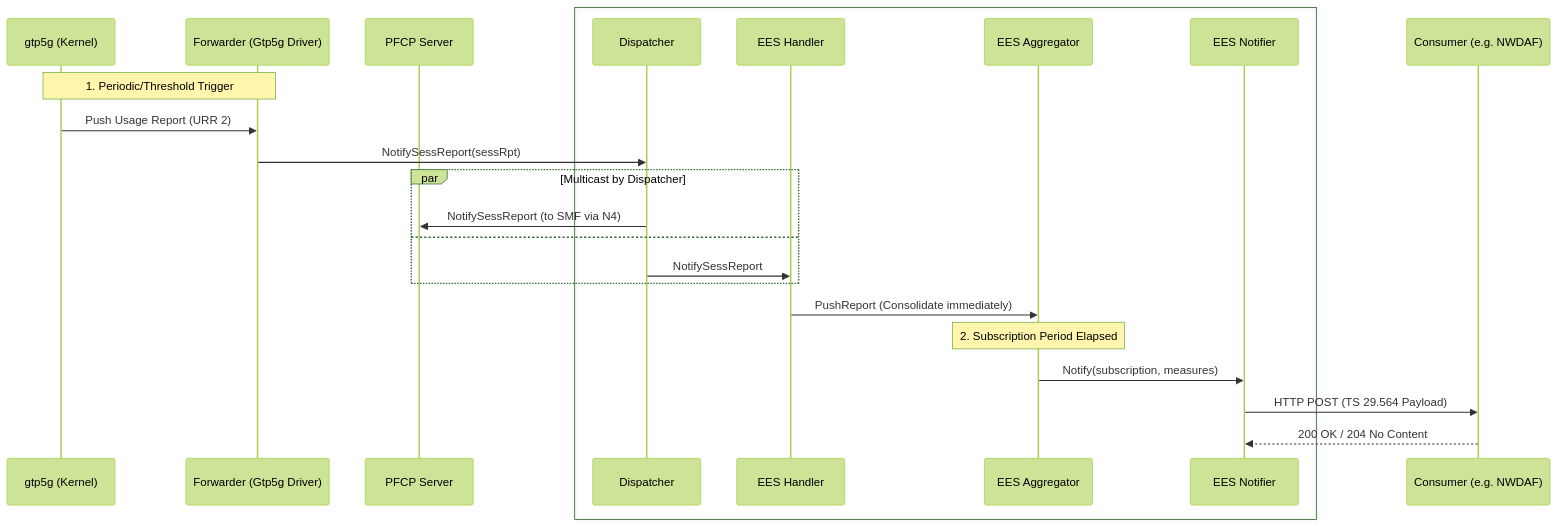
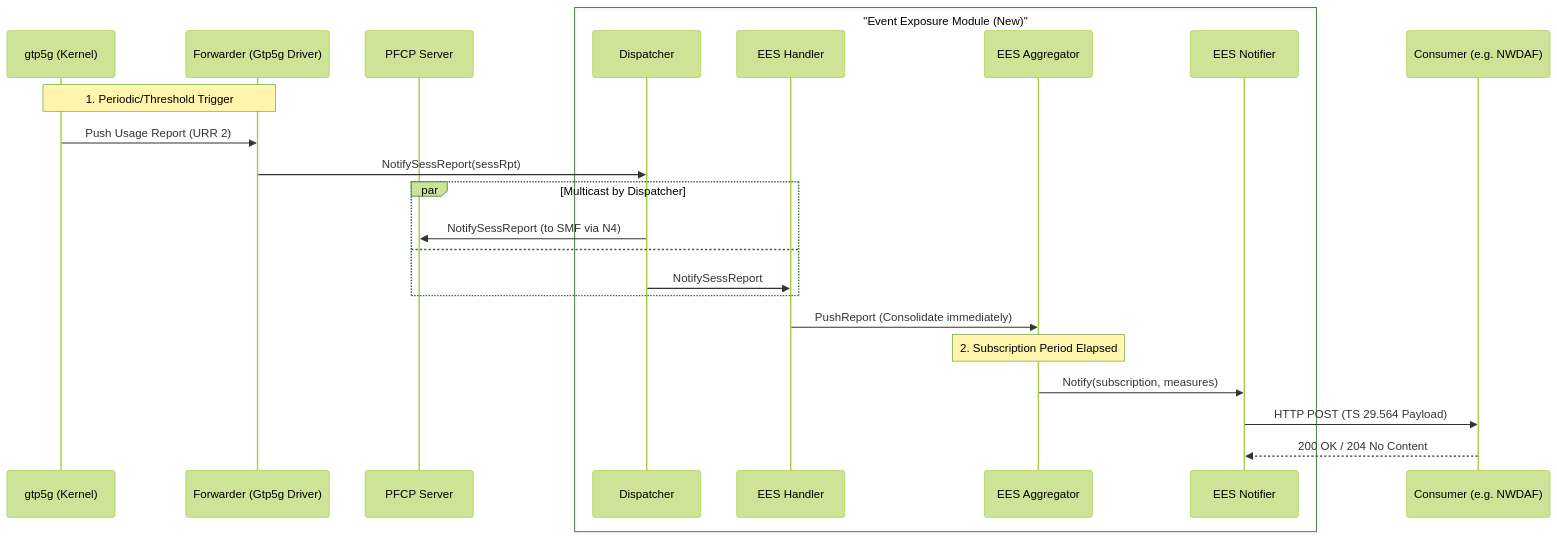
Before and after one commit to Intelligent-Systems-Lab/go-upf: the second of 2 diagrams in README.md, drawn with Mermaid (forest theme).

Commit message:
docs: remove box color to ensure title visibility in Mermaid diagram

````diff
--- a/README.md
+++ b/README.md
@@ -68,32 +68,32 @@
 ```mermaid
 sequenceDiagram
     participant K as gtp5g (Kernel)
     participant F as Forwarder (Gtp5g Driver)
     participant P as PFCP Server
 
-    box #FFE6CC Event Exposure Module (New)
+    box "Event Exposure Module (New)"
         participant D as Dispatcher
         participant H as EES Handler
         participant A as EES Aggregator
         participant N as EES Notifier
     end
 
     participant C as Consumer (e.g. NWDAF)
 
     Note over K, F: 1. Periodic/Threshold Trigger
     K->>F: Push Usage Report (URR 2)
     F->>D: NotifySessReport(sessRpt)
 
     par Multicast by Dispatcher
         D->>P: NotifySessReport (to SMF via N4)
     and
         D->>H: NotifySessReport
     end
 
     H->>A: PushReport (Consolidate immediately)
 
     Note over A: 2. Subscription Period Elapsed
     A->>N: Notify(subscription, measures)
     N->>C: HTTP POST (TS 29.564 Payload)
     C-->>N: 200 OK / 204 No Content
 ```
````
